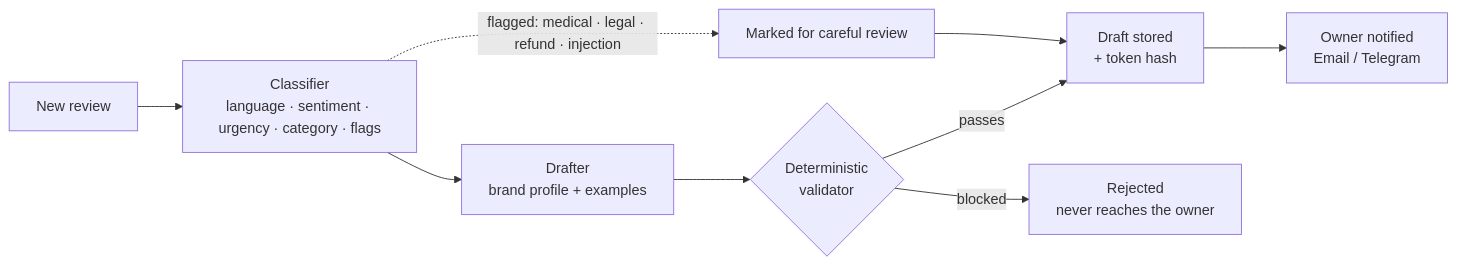
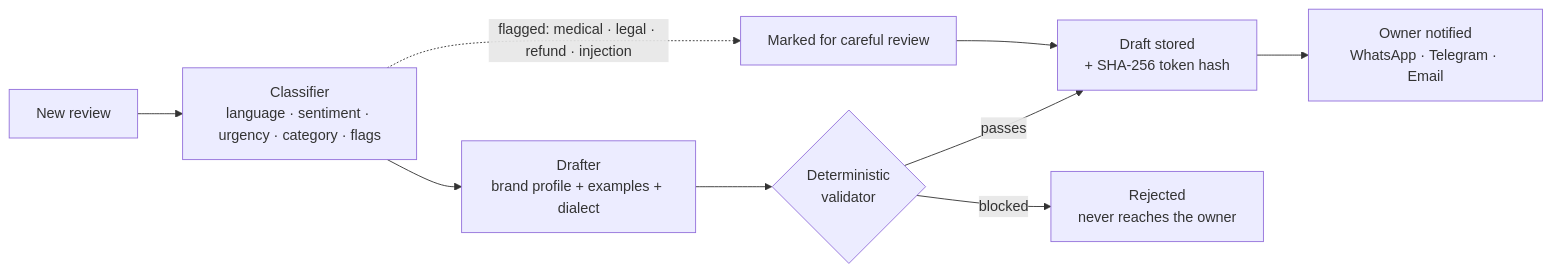
One commit to mo74x/radd changed the second of 5 diagrams in README.md. Above: the diagram before and after it, drawn with Mermaid. The commit also changed other lines of this file and 3 other files, not shown here.

````diff
--- a/README.md
+++ b/README.md
@@ -98,11 +105,11 @@
 ```mermaid
 flowchart LR
     A[New review] --> B[Classifier<br/>language · sentiment · urgency · category · flags]
-    B --> C[Drafter<br/>brand profile + examples]
+    B --> C[Drafter<br/>brand profile + examples + dialect]
     C --> D{Deterministic<br/>validator}
-    D -- passes --> E[Draft stored<br/>+ token hash]
+    D -- passes --> E[Draft stored<br/>+ SHA-256 token hash]
     D -- blocked --> F[Rejected<br/>never reaches the owner]
-    E --> G[Owner notified<br/>Email / Telegram]
+    E --> G[Owner notified<br/>WhatsApp · Telegram · Email]
     B -. flagged: medical · legal · refund · injection .-> H[Marked for careful review]
     H --> E
 ```
````
